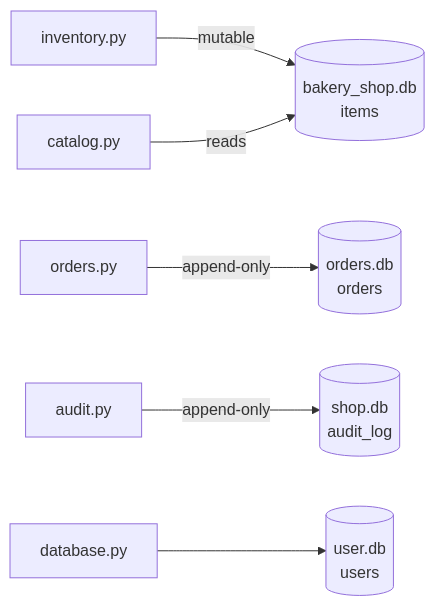
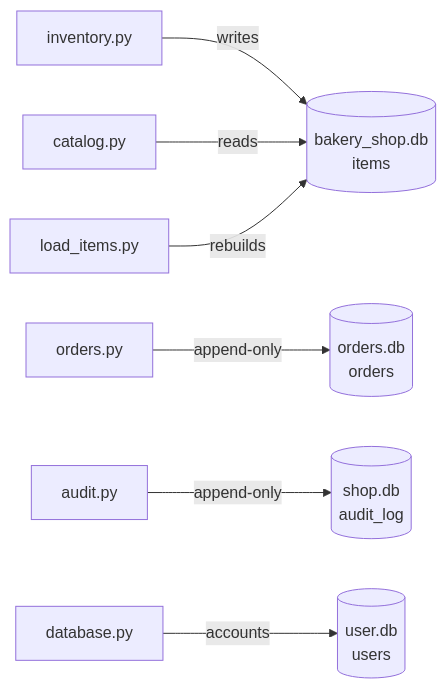
Before and after one commit to akriti706/Agentic-Bakery: the seventh of 8 diagrams in ARCHITECTURE.MD, drawn with Mermaid. The commit also changed other lines of this file and 2 other files, not shown here.

````diff
--- a/ARCHITECTURE.MD
+++ b/ARCHITECTURE.MD
@@ -469,8 +478,9 @@
 ```mermaid
 flowchart LR
-    INV[inventory.py] -->|mutable| A[(bakery_shop.db<br/>items)]
+    INV[inventory.py] -->|writes| A[(bakery_shop.db<br/>items)]
     CAT[catalog.py] -->|reads| A
+    LOAD[load_items.py] -->|rebuilds| A
     ORD[orders.py] -->|append-only| B[(orders.db<br/>orders)]
     AUD[audit.py] -->|append-only| C[(shop.db<br/>audit_log)]
-    DB[database.py] --> D[(user.db<br/>users)]
+    DBM[database.py] -->|accounts| D[(user.db<br/>users)]
 ```
````
